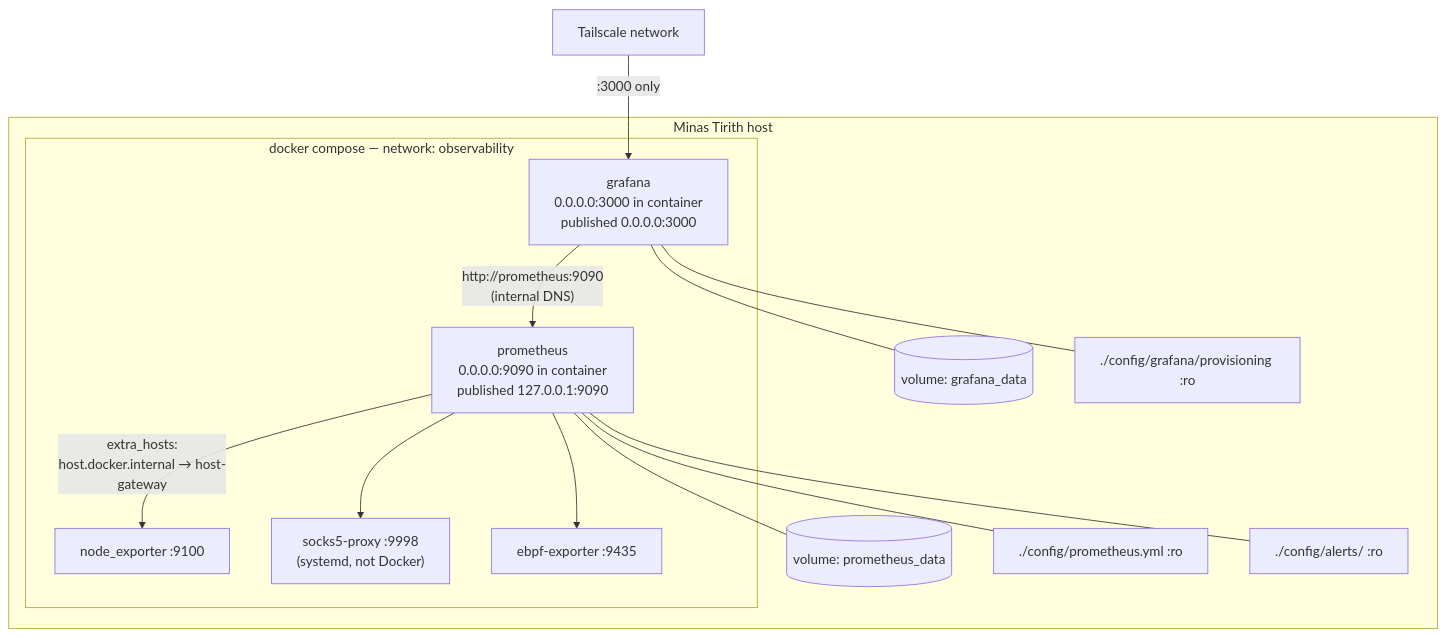
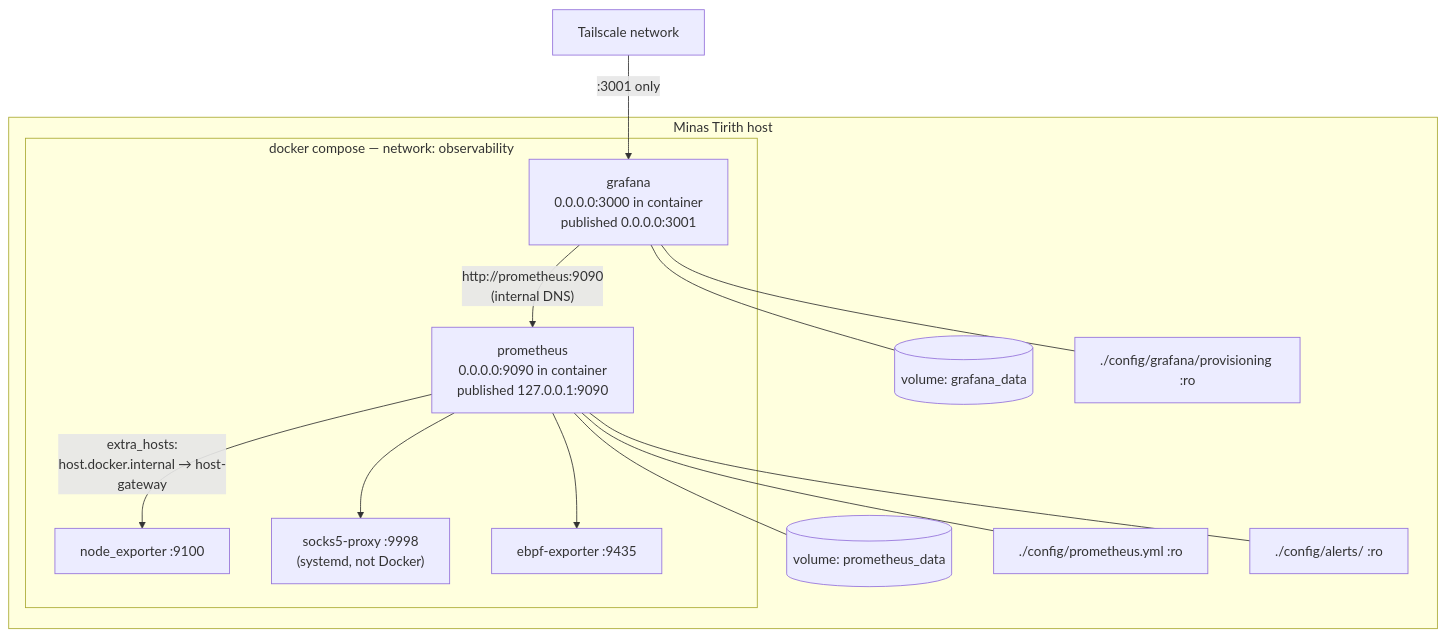
Before and after one commit to Dmaina5054/mithril: the diagram in docs/diagrams/docker-compose-network.md, drawn with Mermaid. The commit also changed other lines of this file and 3 other files, not shown here.

````diff
--- a/docs/diagrams/docker-compose-network.md
+++ b/docs/diagrams/docker-compose-network.md
@@ -13,32 +13,32 @@
 ```mermaid
 flowchart TB
     subgraph host["Minas Tirith host"]
         NE["node_exporter :9100"]
         SP["socks5-proxy :9998\n(systemd, not Docker)"]
         EB["ebpf-exporter :9435"]
 
         subgraph compose["docker compose — network: observability"]
             PROM["prometheus\n0.0.0.0:9090 in container\npublished 127.0.0.1:9090"]
-            GRAF["grafana\n0.0.0.0:3000 in container\npublished 0.0.0.0:3000"]
+            GRAF["grafana\n0.0.0.0:3000 in container\npublished 0.0.0.0:3001"]
 
             PROM -- "extra_hosts:\nhost.docker.internal → host-gateway" --> NE
             PROM --> SP
             PROM --> EB
             GRAF -- "http://prometheus:9090\n(internal DNS)" --> PROM
         end
 
         VOLP[("volume: prometheus_data")]
         VOLG[("volume: grafana_data")]
         CFGP["./config/prometheus.yml :ro"]
         CFGA["./config/alerts/ :ro"]
         CFGG["./config/grafana/provisioning :ro"]
 
         PROM --- VOLP
         PROM --- CFGP
         PROM --- CFGA
         GRAF --- VOLG
         GRAF --- CFGG
     end
 
-    TS["Tailscale network"] -- ":3000 only" --> GRAF
+    TS["Tailscale network"] -- ":3001 only" --> GRAF
 ```
````
